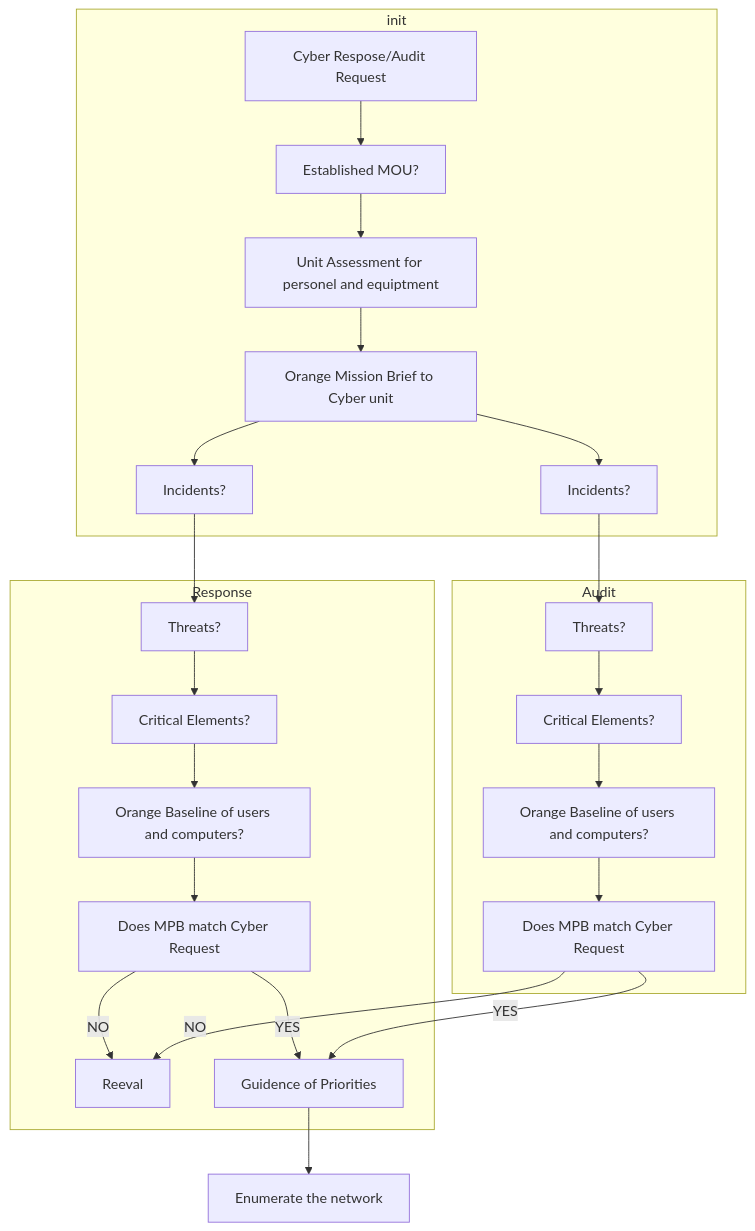
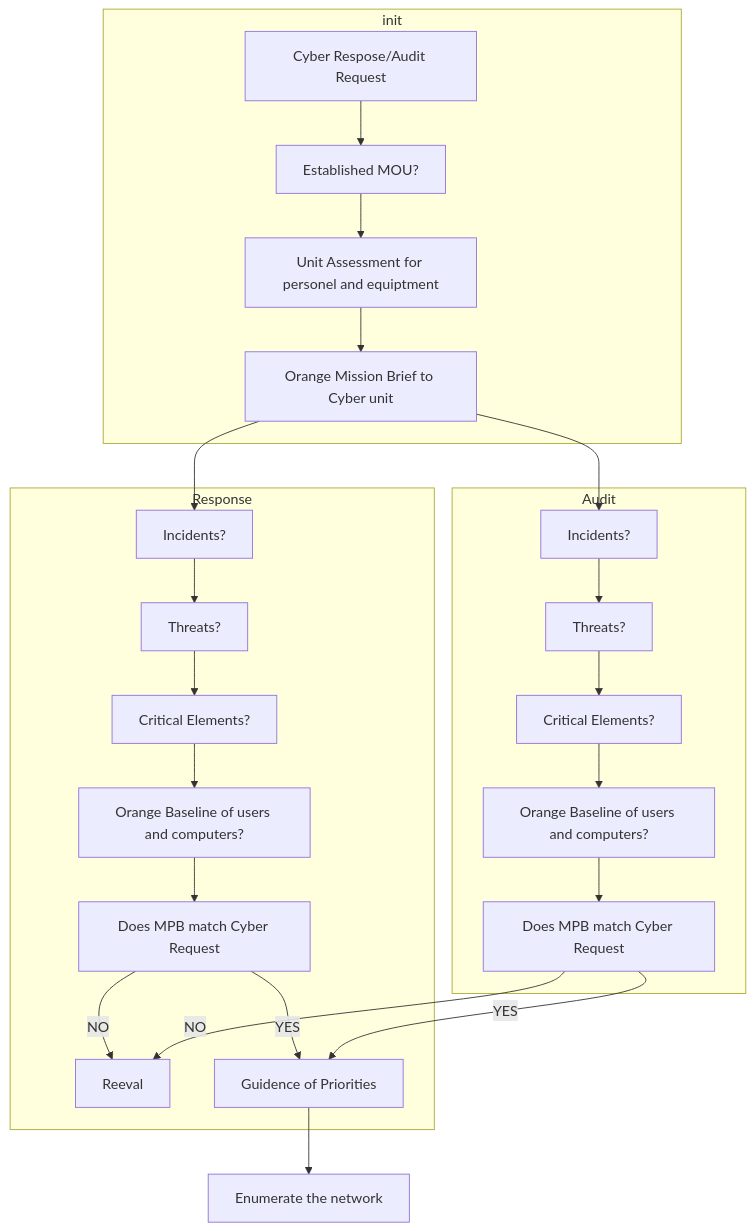
The diagram in flow.md (huntmckay/cyberflow), drawn with Mermaid before and after one commit. The commit also changed other lines of this file, not shown here.

````diff
--- a/flow.md
+++ b/flow.md
@@ -1,40 +1,40 @@
 ```mermaid
 ---
 Title: Command planning phase
 ---
 flowchart TD
     subgraph init
     A[Cyber Respose/Audit Request]
     B[Established MOU?]
     C[Unit Assessment for personel and equiptment]
     D[Orange Mission Brief to Cyber unit]
     A --> B
     B --> C
     C --> D
-    D --> k1
-    D --> r1
     end
 
     subgraph Response
+    D --> r1
     r1[Incidents?] --> r2
     r2[Threats?] --> r3
     r3[Critical Elements?] --> r4
     r4[Orange Baseline of users and computers?] --> r5
     r5[Does MPB match Cyber Request]
     r5 --> |NO| Reeval
     r5 --> |YES| H
     end
 
     subgraph Audit
+    D --> k1
     k1[Incidents?] --> k2
     k2[Threats?] --> k3
     k3[Critical Elements?] --> k4
     k4[Orange Baseline of users and computers?] --> k5
     k5[Does MPB match Cyber Request]
     k5 --> |NO| Reeval
     k5 --> |YES| H
     end
 
     H[Guidence of Priorities]
     H --> I[Enumerate the network]
 ```
````
